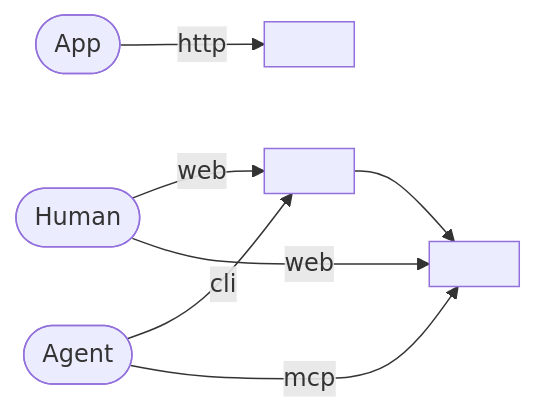
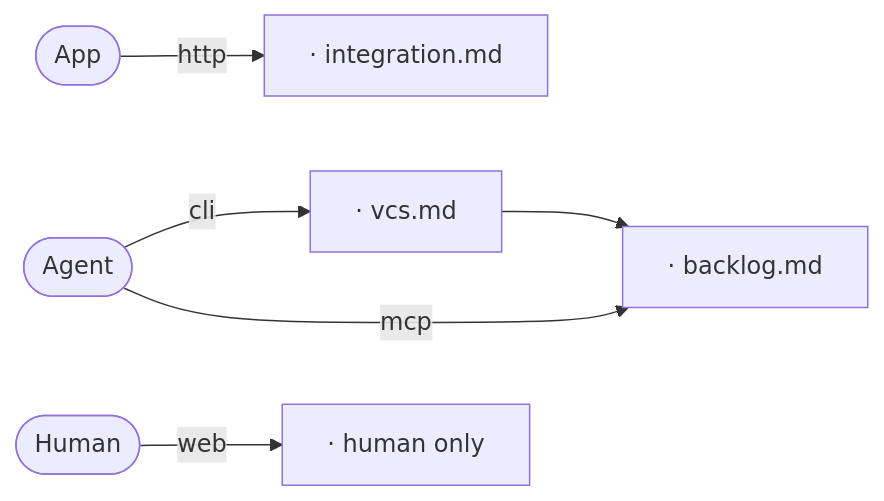
The diagram in plugins/aidd-context/skills/02-project-memory/assets/templates/memory/ecosystem/ecosystem.md (ai-driven-dev/aidd-framework), drawn with Mermaid before and after one commit. The commit also changed other lines of this file and 21 other files, not shown here.

````diff
--- a/plugins/aidd-context/skills/02-project-memory/assets/templates/memory/ecosystem/ecosystem.md
+++ b/plugins/aidd-context/skills/02-project-memory/assets/templates/memory/ecosystem/ecosystem.md
@@ -3,21 +3,17 @@
 ```mermaid
 flowchart LR
   Human([Human])
   Agent([Agent])
   App([App])
-  Vcs["<vcs platform>"]
-  Tracker["<tracker>"]
-  Service["<runtime service>"]
+  Vcs["<vcs platform> · vcs.md"]
+  Tracker["<tracker> · backlog.md"]
+  Service["<runtime service> · integration.md"]
+  Chat["<tool> · human only"]
 
-  Human -- web --> Vcs
   Agent -- cli --> Vcs
-  Human -- web --> Tracker
   Agent -- mcp --> Tracker
   App -- http --> Service
+  Human -- web --> Chat
 
-  Vcs -- "<hand-off>" --> Tracker
-
-  click Vcs href "vcs.md"
-  click Tracker href "backlog.md"
-  click Service href "integration.md"
+  Vcs -- "<trigger>" --> Tracker
 ```
````
